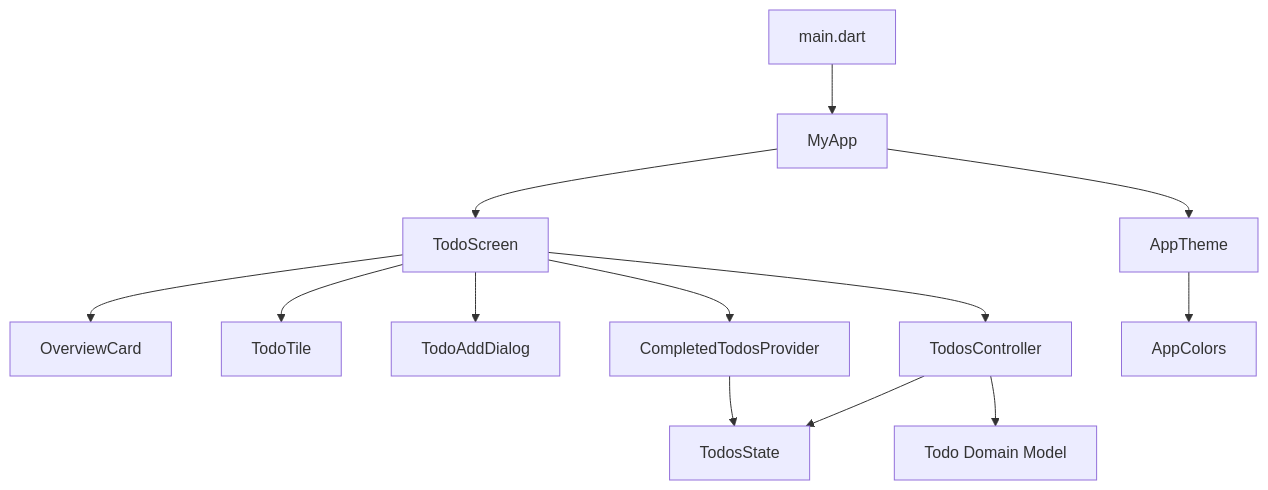
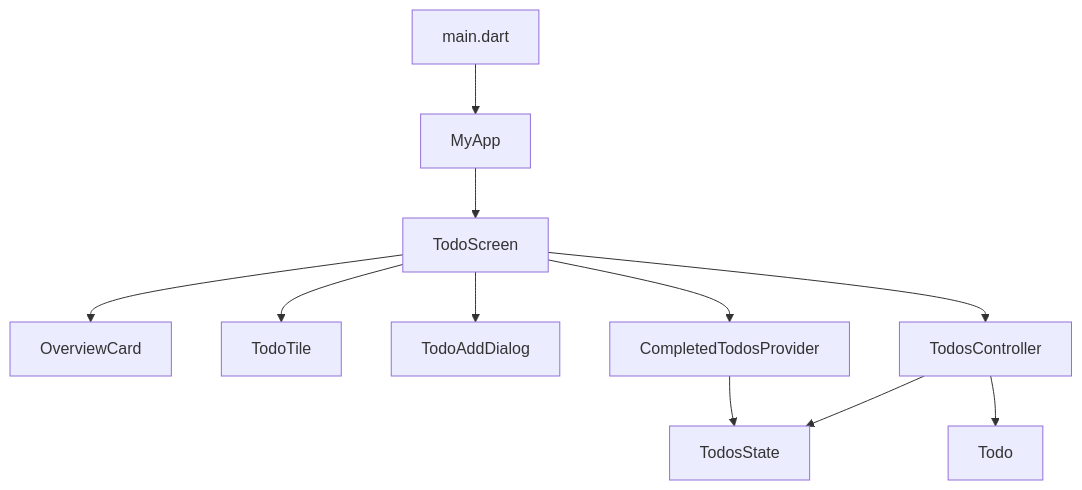
Before and after one commit to mraj555/tick_it: the first of 4 diagrams in README.md, drawn with Mermaid. The commit also changed other lines of this file and 5 other files, not shown here.

Commit message:
Refactor Todo feature: update README for clarity, enhance TodosController with improved methods, and modify TodoTile and OverviewCard for better UI interaction.

````diff
--- a/README.md
+++ b/README.md
@@ -37,15 +37,13 @@
 ```mermaid
 flowchart TD
     A[main.dart] --> B[MyApp]
-    B --> C[AppTheme]
-    B --> D[TodoScreen]
-    D --> E[OverviewCard]
-    D --> F[TodoTile]
-    D --> G[TodoAddDialog]
-    D --> H[TodosController]
-    H --> I[TodosState]
-    H --> J[Todo Domain Model]
-    D --> K[CompletedTodosProvider]
-    K --> I
-    C --> L[AppColors]
+    B --> C[TodoScreen]
+    C --> D[OverviewCard]
+    C --> E[TodoTile]
+    C --> F[TodoAddDialog]
+    C --> G[TodosController]
+    G --> H[TodosState]
+    G --> I[Todo]
+    C --> J[CompletedTodosProvider]
+    J --> H
 ```
````
